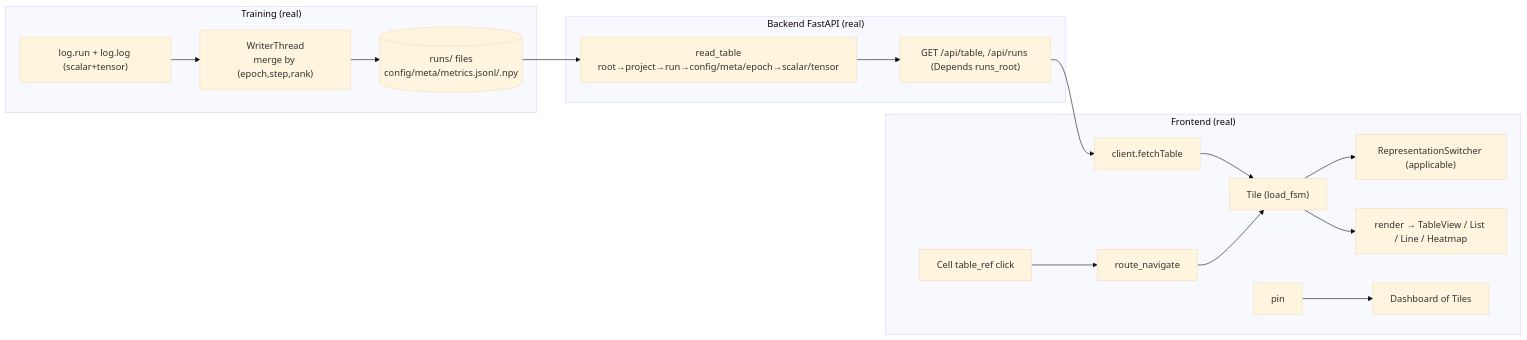
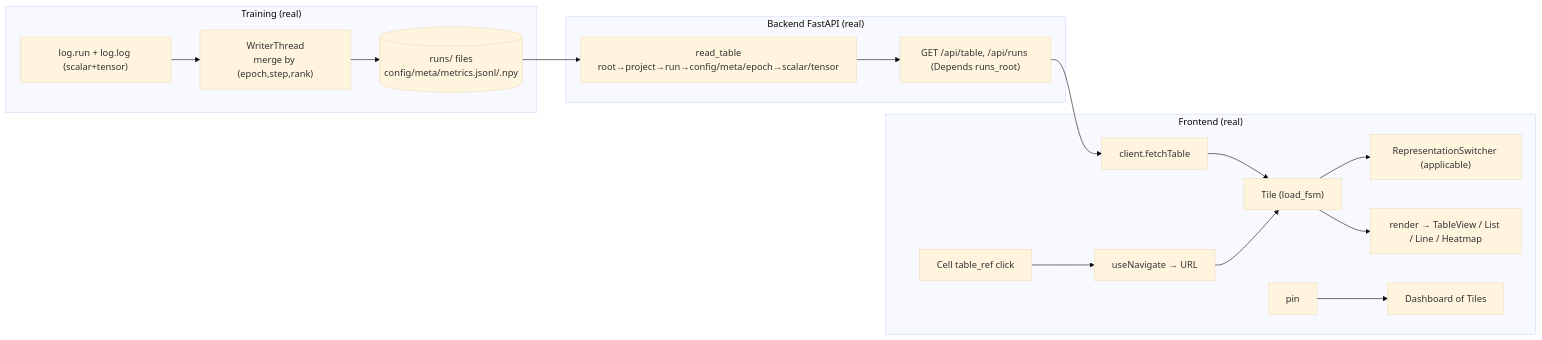
The diagram in STATUS.md (vladkalinichencko/log), drawn with Mermaid (base theme) before and after one commit. The commit also changed other lines of this file and 1 other file, not shown here.

First line of the commit message:
docs: finish route/modal spec sync (§11.2 useNavigate; STATUS slice/FSM counts)

````diff
--- a/STATUS.md
+++ b/STATUS.md
@@ -7,19 +7,19 @@
 ```mermaid
 flowchart LR
   subgraph train["Training (real)"]
     R["log.run + log.log (scalar+tensor)"] --> W["WriterThread<br/>merge by (epoch,step,rank)"]
     W --> FS[("runs/ files<br/>config/meta/metrics.jsonl/.npy")]
   end
   subgraph back["Backend FastAPI (real)"]
     FS --> RT["read_table<br/>root→project→run→config/meta/epoch→scalar/tensor"]
     RT --> API["GET /api/table, /api/runs (Depends runs_root)"]
   end
   subgraph front["Frontend (real)"]
     API --> CL["client.fetchTable"]
     CL --> T["Tile (load_fsm)"]
     T --> SW["RepresentationSwitcher (applicable)"]
     T --> RND["render → TableView / List / Line / Heatmap"]
-    CELL["Cell table_ref click"] --> NAVG["route_navigate"] --> T
+    CELL["Cell table_ref click"] --> NAVG["useNavigate → URL"] --> T
     PIN["pin"] --> DASH["Dashboard of Tiles"]
   end
 ```
````
